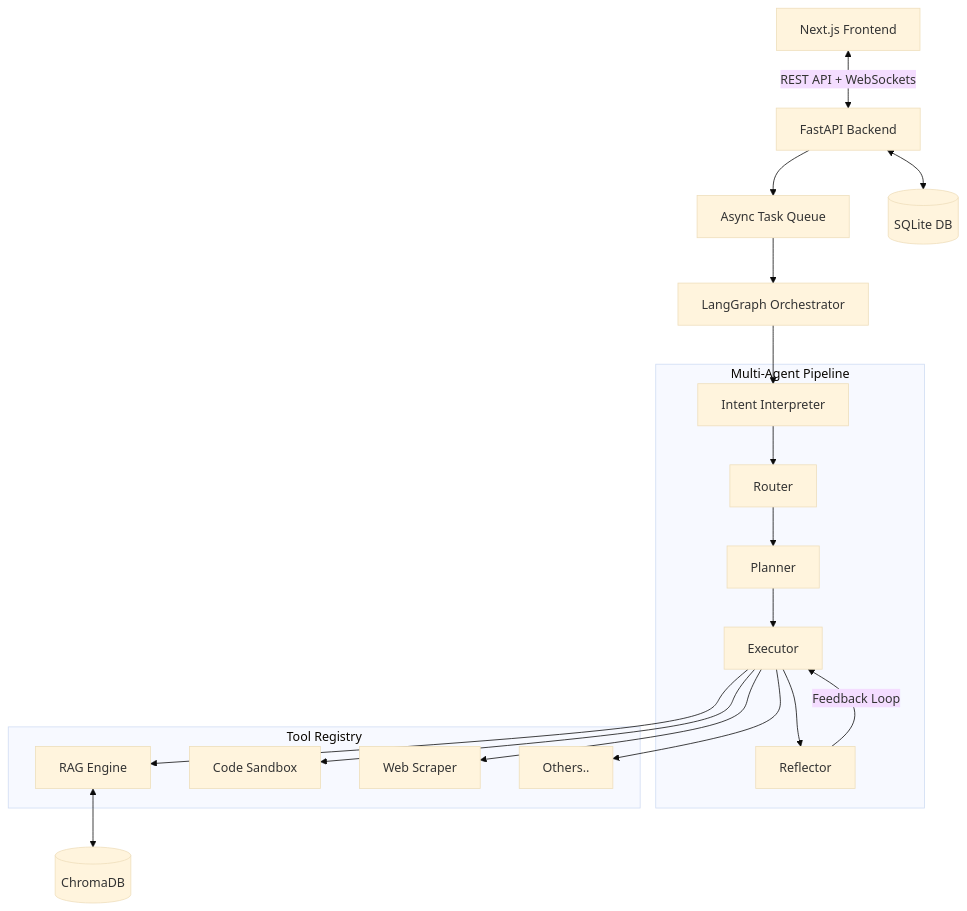
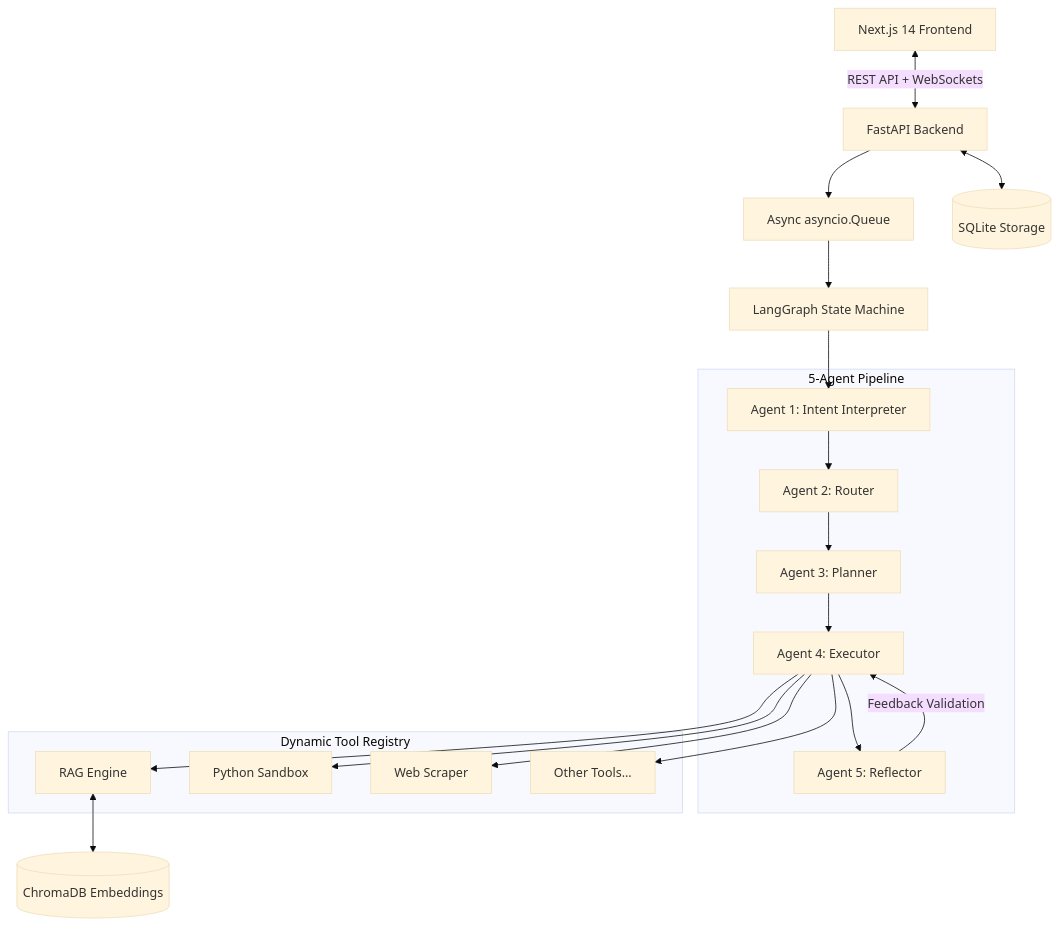
One commit to kkrishhhh/AWE-core changed the diagram in README.md. Above: the diagram before and after it, drawn with Mermaid (base theme). The commit also changed other lines of this file, not shown here.

Commit message:
docs: highly detailed README with architecture and logo fix

````diff
--- a/README.md
+++ b/README.md
@@ -45,26 +46,26 @@
 ```mermaid
 graph TD
-    UI[Next.js Frontend] <-->|REST API + WebSockets| FastAPI[FastAPI Backend]
-    FastAPI --> Queue[Async Task Queue]
-    Queue --> Orchestrator[LangGraph Orchestrator]
+    UI[Next.js 14 Frontend] <-->|REST API + WebSockets| FastAPI[FastAPI Backend]
+    FastAPI --> Queue[Async asyncio.Queue]
+    Queue --> Orchestrator[LangGraph State Machine]
     
-    subgraph Multi-Agent Pipeline
-        Interpreter[Intent Interpreter] --> Router[Router]
-        Router --> Planner[Planner]
-        Planner --> Executor[Executor]
-        Executor --> Reflector[Reflector]
-        Reflector -->|Feedback Loop| Executor
+    subgraph 5-Agent Pipeline
+        Interpreter[Agent 1: Intent Interpreter] --> Router[Agent 2: Router]
+        Router --> Planner[Agent 3: Planner]
+        Planner --> Executor[Agent 4: Executor]
+        Executor --> Reflector[Agent 5: Reflector]
+        Reflector -->|Feedback Validation| Executor
     end
     
     Orchestrator --> Interpreter
     
-    subgraph Tool Registry
+    subgraph Dynamic Tool Registry
         Executor --> RAG[RAG Engine]
-        Executor --> PyCode[Code Sandbox]
+        Executor --> PyCode[Python Sandbox]
         Executor --> Web[Web Scraper]
-        Executor --> APIs[Others..]
+        Executor --> APIs[Other Tools...]
     end
     
-    RAG <--> ChromaDB[(ChromaDB)]
-    FastAPI <--> SQLite[(SQLite DB)]
+    RAG <--> ChromaDB[(ChromaDB Embeddings)]
+    FastAPI <--> SQLite[(SQLite Storage)]
 ```
````
